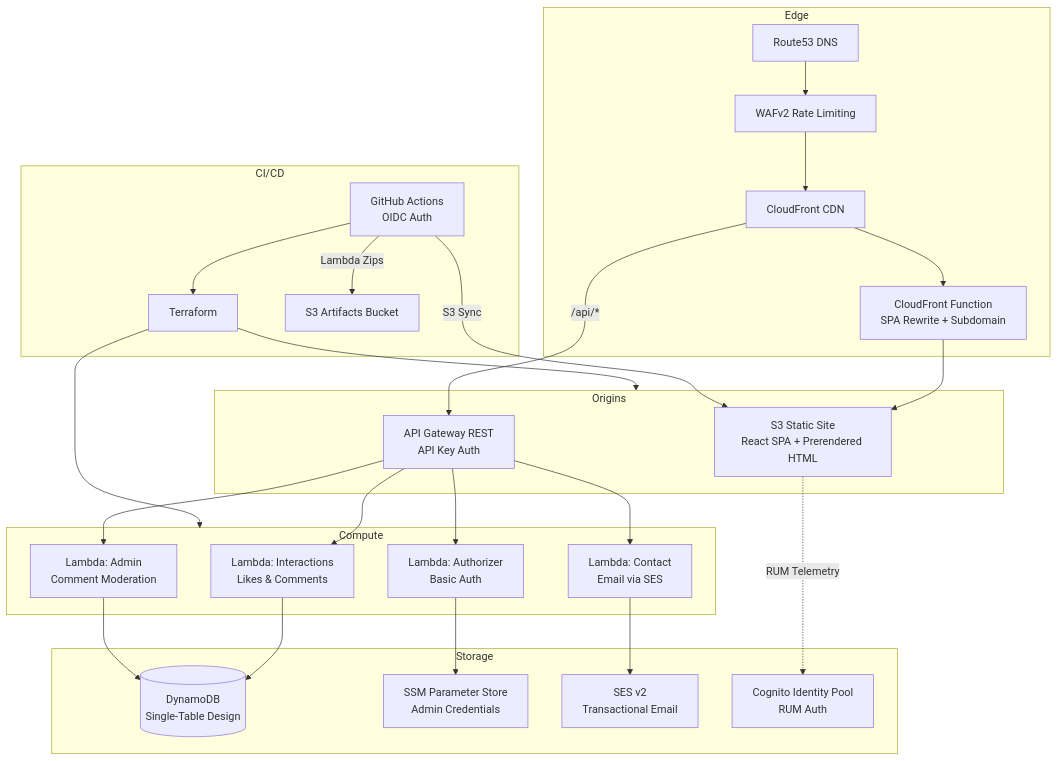
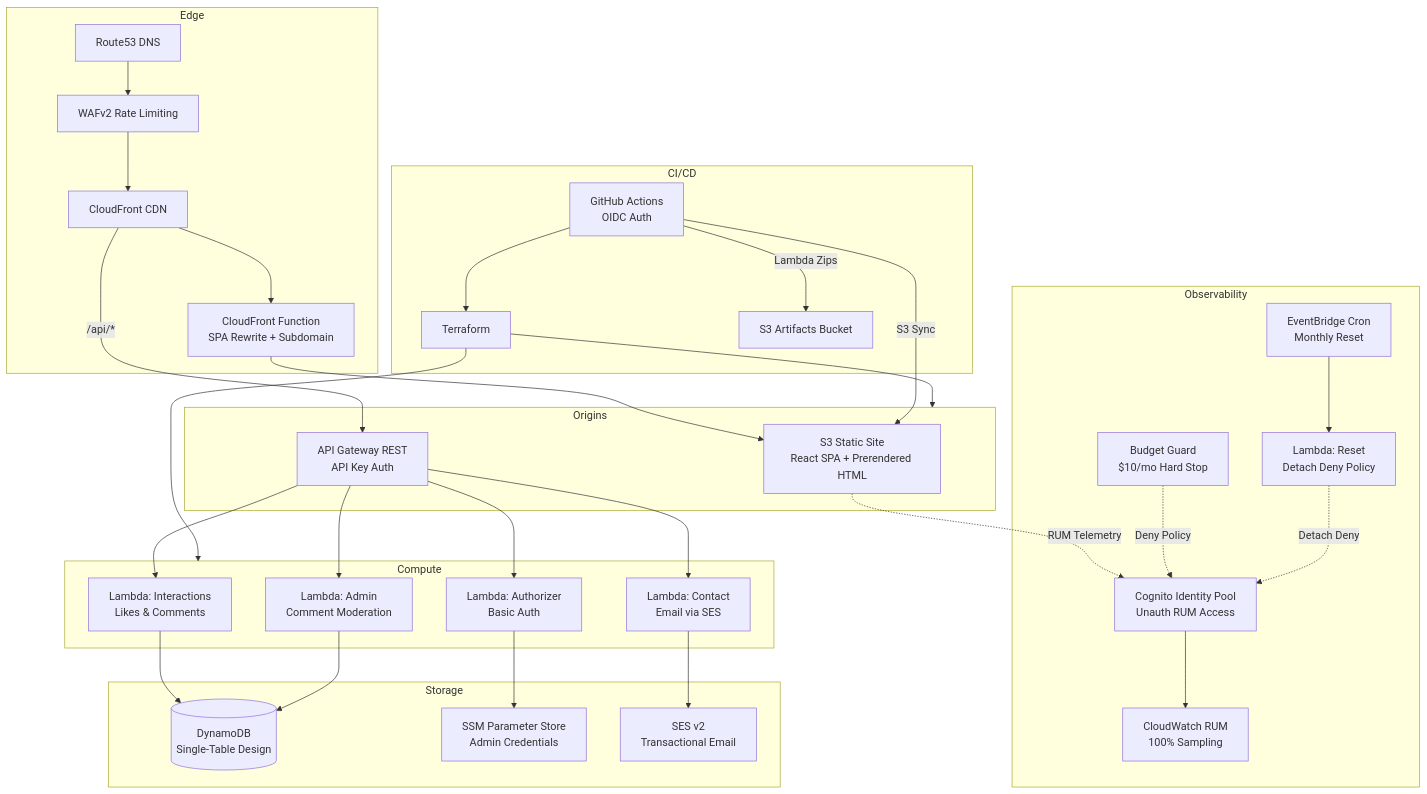
The diagram in README.md (jyatesdotdev/jyatesdotdev), drawn with Mermaid before and after one commit. The commit also changed other lines of this file, not shown here.

Commit message:
Update profile: SDE title, add budget guard and RUM observability to diagram

````diff
--- a/README.md
+++ b/README.md
@@ -26,47 +26,56 @@
 ```mermaid
 graph TB
     subgraph Edge
         DNS[Route53 DNS]
         WAF[WAFv2 Rate Limiting]
         CF[CloudFront CDN]
         CFFunc[CloudFront Function<br/>SPA Rewrite + Subdomain]
     end
 
     subgraph Origins
         S3[S3 Static Site<br/>React SPA + Prerendered HTML]
         APIGW[API Gateway REST<br/>API Key Auth]
     end
 
     subgraph Compute
         LInt[Lambda: Interactions<br/>Likes & Comments]
         LCon[Lambda: Contact<br/>Email via SES]
         LAdm[Lambda: Admin<br/>Comment Moderation]
         LAuth[Lambda: Authorizer<br/>Basic Auth]
     end
 
     subgraph Storage
         DDB[(DynamoDB<br/>Single-Table Design)]
         SSM[SSM Parameter Store<br/>Admin Credentials]
         SES[SES v2<br/>Transactional Email]
-        COG[Cognito Identity Pool<br/>RUM Auth]
+    end
+
+    subgraph Observability
+        COG[Cognito Identity Pool<br/>Unauth RUM Access]
+        RUM[CloudWatch RUM<br/>100% Sampling]
+        BG[Budget Guard<br/>$10/mo Hard Stop]
+        EB[EventBridge Cron<br/>Monthly Reset]
+        LRes[Lambda: Reset<br/>Detach Deny Policy]
     end
 
     subgraph CI/CD
         GHA[GitHub Actions<br/>OIDC Auth]
         TF[Terraform]
         ART[S3 Artifacts Bucket]
     end
 
     DNS --> WAF --> CF
     CF --> CFFunc --> S3
     CF -->|/api/*| APIGW
     APIGW --> LAuth
     APIGW --> LInt & LCon & LAdm
     LInt & LAdm --> DDB
     LCon --> SES
     LAuth --> SSM
     GHA --> TF --> Origins & Compute
     GHA -->|Lambda Zips| ART
     GHA -->|S3 Sync| S3
-    S3 -.->|RUM Telemetry| COG
+    S3 -.->|RUM Telemetry| COG --> RUM
+    BG -.->|Deny Policy| COG
+    EB --> LRes -.->|Detach Deny| COG
 ```
````
